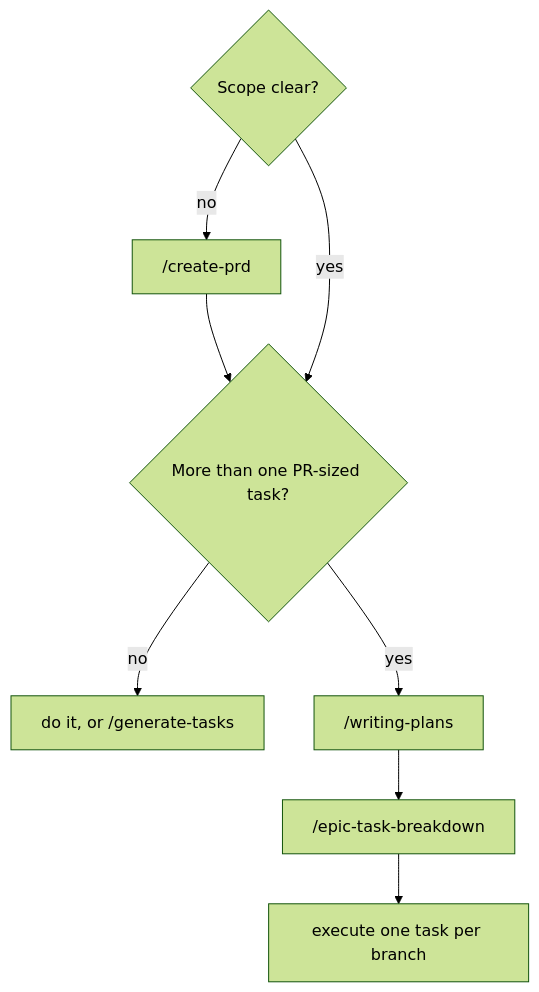
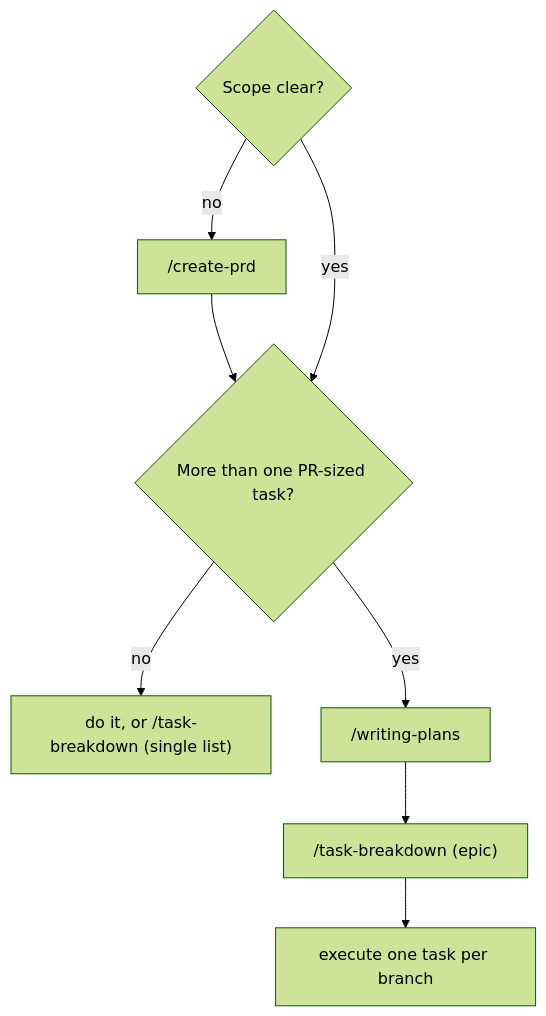
The diagram in docs/using-skills.md (ton-anywhere/my-favorite-prompts), drawn with Mermaid (forest theme) before and after one commit. The commit also changed other lines of this file and 7 other files, not shown here.

Commit message:
feat(skills): merge generate-tasks and epic-task-breakdown into task-breakdown

````diff
--- a/docs/using-skills.md
+++ b/docs/using-skills.md
@@ -12,7 +12,7 @@
 ```mermaid
 flowchart TD
   A{"Scope clear?"} -->|no| PRD["/create-prd"] --> B
   A -->|yes| B{"More than one PR-sized task?"}
-  B -->|no| S["do it, or /generate-tasks"]
-  B -->|yes| WP["/writing-plans"] --> E["/epic-task-breakdown"] --> X["execute one task per branch"]
+  B -->|no| S["do it, or /task-breakdown (single list)"]
+  B -->|yes| WP["/writing-plans"] --> E["/task-breakdown (epic)"] --> X["execute one task per branch"]
 ```
````
